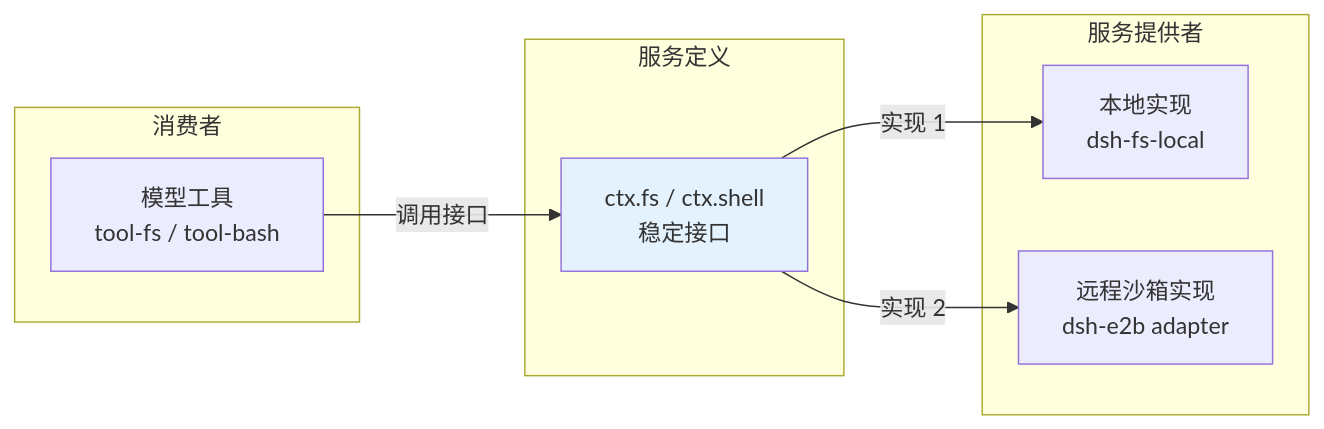
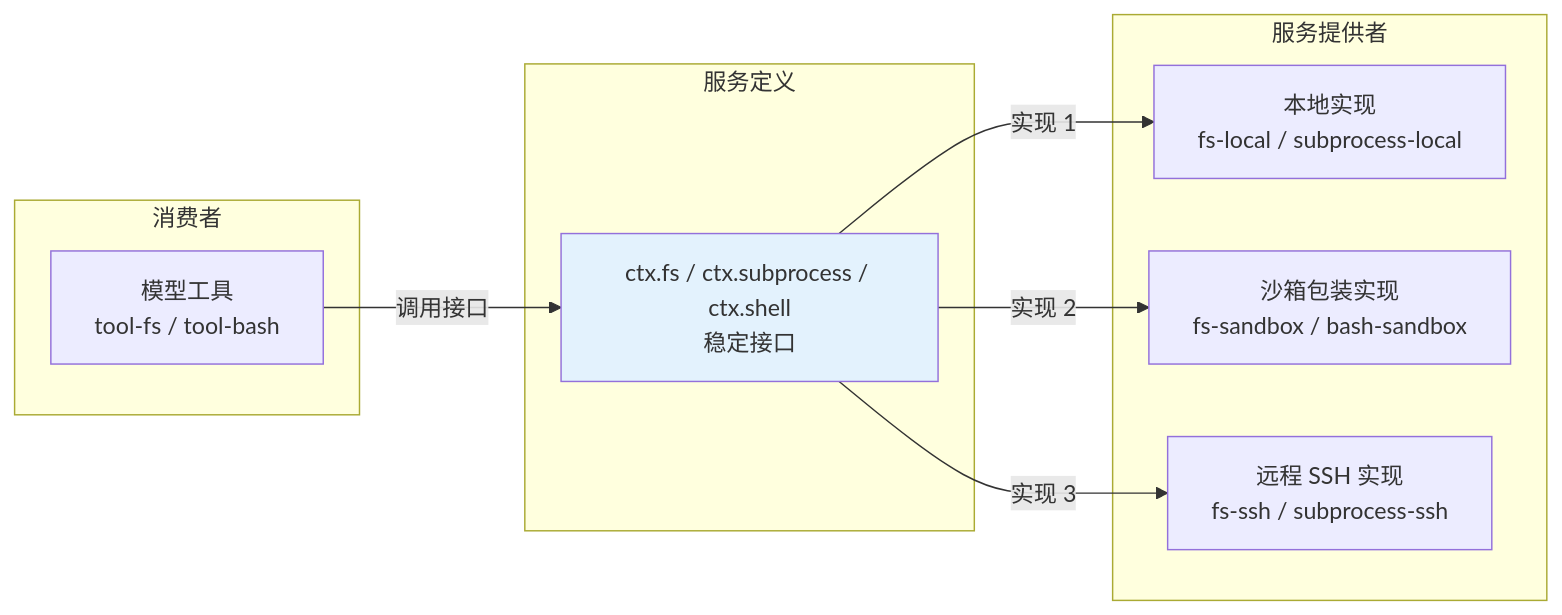
One commit to vinthuy/deepseek-harness-book changed the second of 2 diagrams in 08-工具与Capability-Seam.md. Above: the diagram before and after it, drawn with Mermaid. The commit also changed other lines of this file and 24 other files, not shown here.

````diff
--- a/08-工具与Capability-Seam.md
+++ b/08-工具与Capability-Seam.md
@@ -80,17 +176,19 @@
 ```mermaid
 flowchart LR
     subgraph Consumer[消费者]
         C[模型工具<br/>tool-fs / tool-bash]
     end
     subgraph Definition[服务定义]
-        D[ctx.fs / ctx.shell<br/>稳定接口]
+        D[ctx.fs / ctx.subprocess / ctx.shell<br/>稳定接口]
     end
     subgraph Providers[服务提供者]
-        P1[本地实现<br/>dsh-fs-local]
-        P2[远程沙箱实现<br/>dsh-e2b adapter]
+        P1[本地实现<br/>fs-local / subprocess-local]
+        P2[沙箱包装实现<br/>fs-sandbox / bash-sandbox]
+        P3[远程 SSH 实现<br/>fs-ssh / subprocess-ssh]
     end
     C -->|调用接口| D
     D -->|实现 1| P1
     D -->|实现 2| P2
+    D -->|实现 3| P3
     style D fill:#e3f2fd
 ```
````
